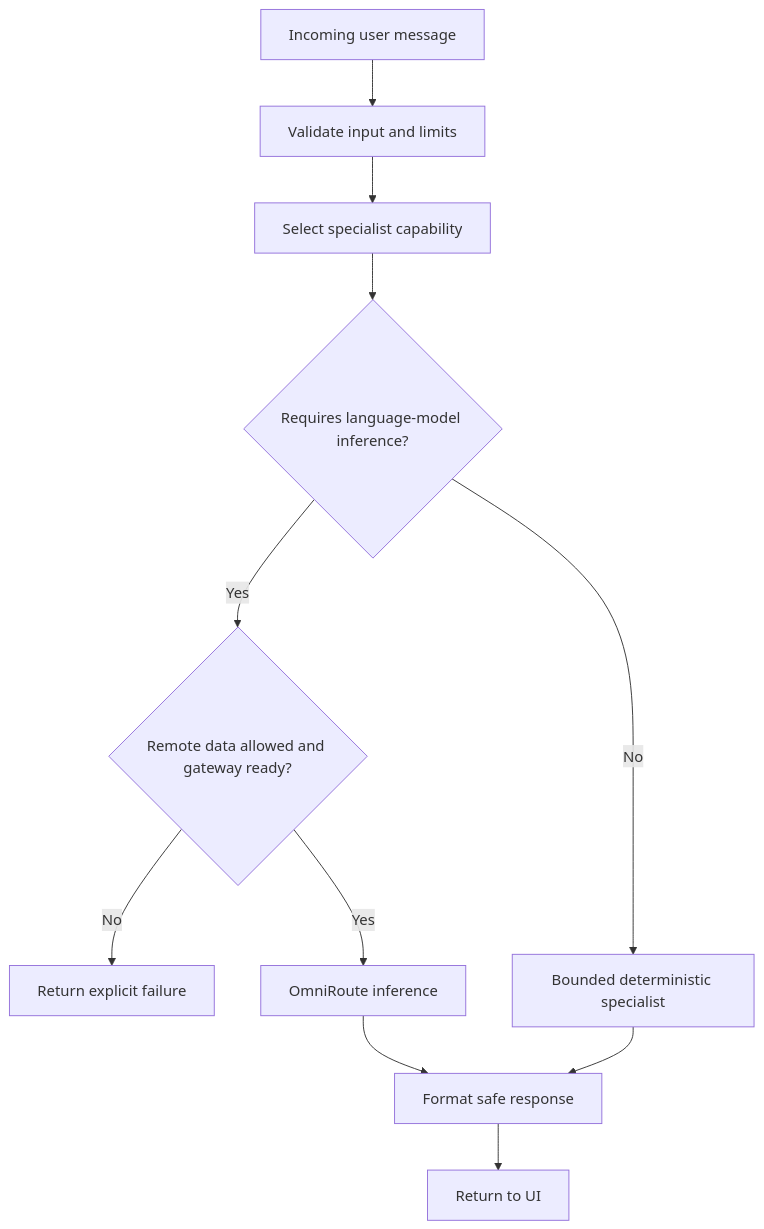
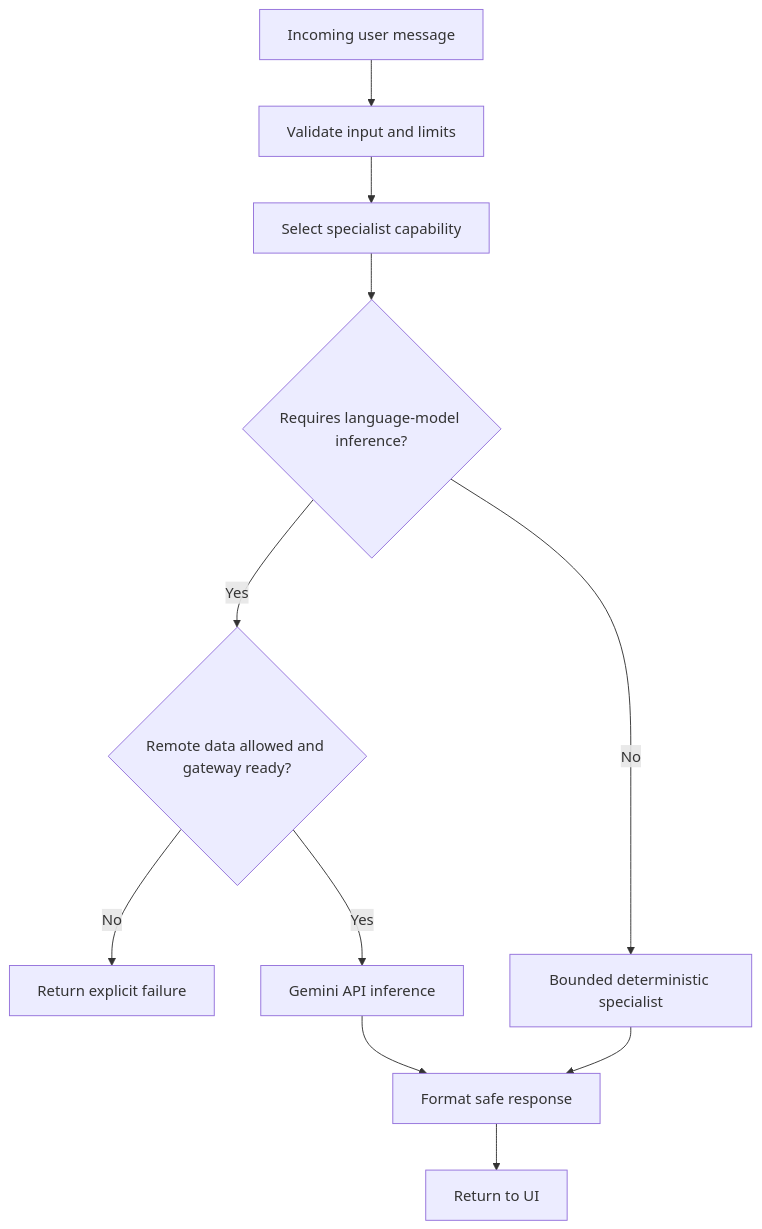
One commit to deathkernel/SITA changed the fourth of 12 diagrams in README.md. Above: the diagram before and after it, drawn with Mermaid. The commit also changed other lines of this file, not shown here.

Commit message:
Update README model provider references to Gemini

````diff
--- a/README.md
+++ b/README.md
@@ -386,13 +386,13 @@
 ```mermaid
 flowchart TD
   A[Incoming user message] --> B[Validate input and limits]
   B --> C[Select specialist capability]
   C --> D{Requires language-model inference?}
   D -- Yes --> E{Remote data allowed and gateway ready?}
   E -- No --> X[Return explicit failure]
-  E -- Yes --> F[OmniRoute inference]
+  E -- Yes --> F[Gemini API inference]
   D -- No --> G[Bounded deterministic specialist]
   F --> H[Format safe response]
   G --> H
   H --> I[Return to UI]
 ```
````
